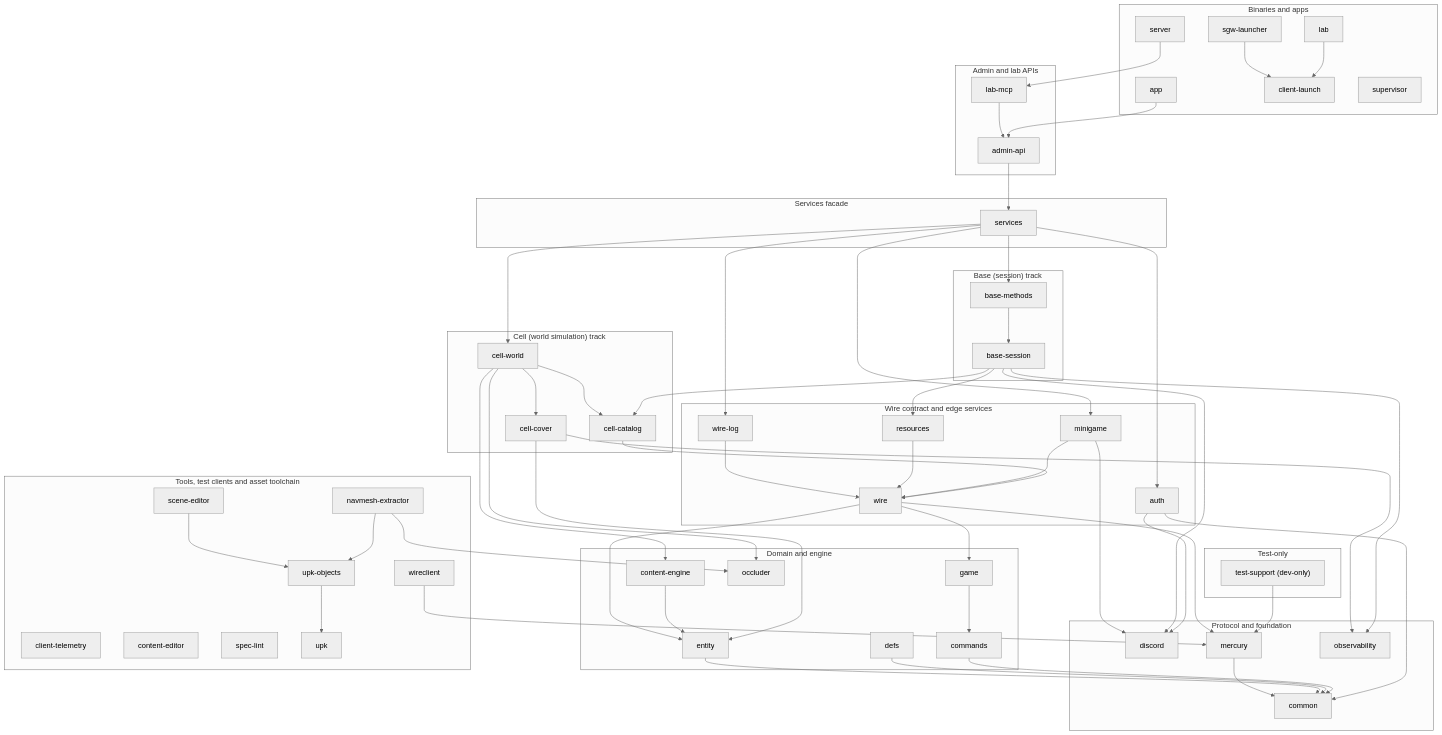
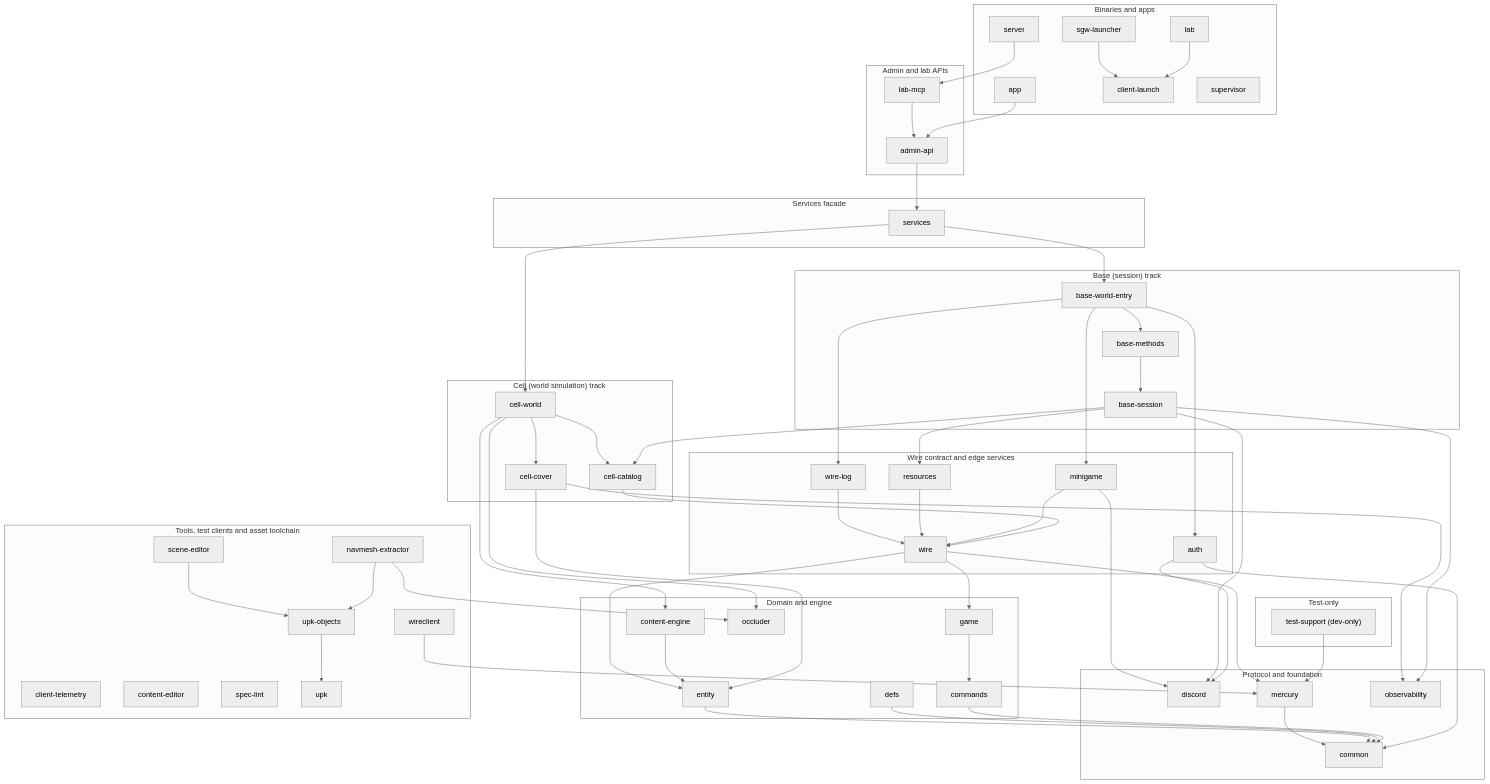
Before and after one commit to SandboxServers/Cimmeria: the diagram in README.md, drawn with Mermaid. The commit also changed other lines of this file and 69 other files, not shown here.

```diff
--- a/README.md
+++ b/README.md
@@ -121,6 +121,7 @@
     subgraph grp_base["Base (session) track"]
         baseMethods["base-methods"]
         baseSession["base-session"]
+        baseWorldEntry["base-world-entry"]
     end
     subgraph grp_wire["Wire contract and edge services"]
         auth["auth"]
@@ -165,6 +166,10 @@
     baseSession --> discord
     baseSession --> observability
     baseSession --> resources
+    baseWorldEntry --> auth
+    baseWorldEntry --> baseMethods
+    baseWorldEntry --> minigame
+    baseWorldEntry --> wireLog
     cellCatalog --> wire
     cellCover --> entity
     cellCover --> observability
@@ -187,11 +192,8 @@
     resources --> wire
     sceneEditor --> upkObjects
     server --> labMcp
-    services --> auth
-    services --> baseMethods
+    services --> baseWorldEntry
     services --> cellWorld
-    services --> minigame
-    services --> wireLog
     testSupport --> mercury
     upkObjects --> upk
     wire --> entity
```
